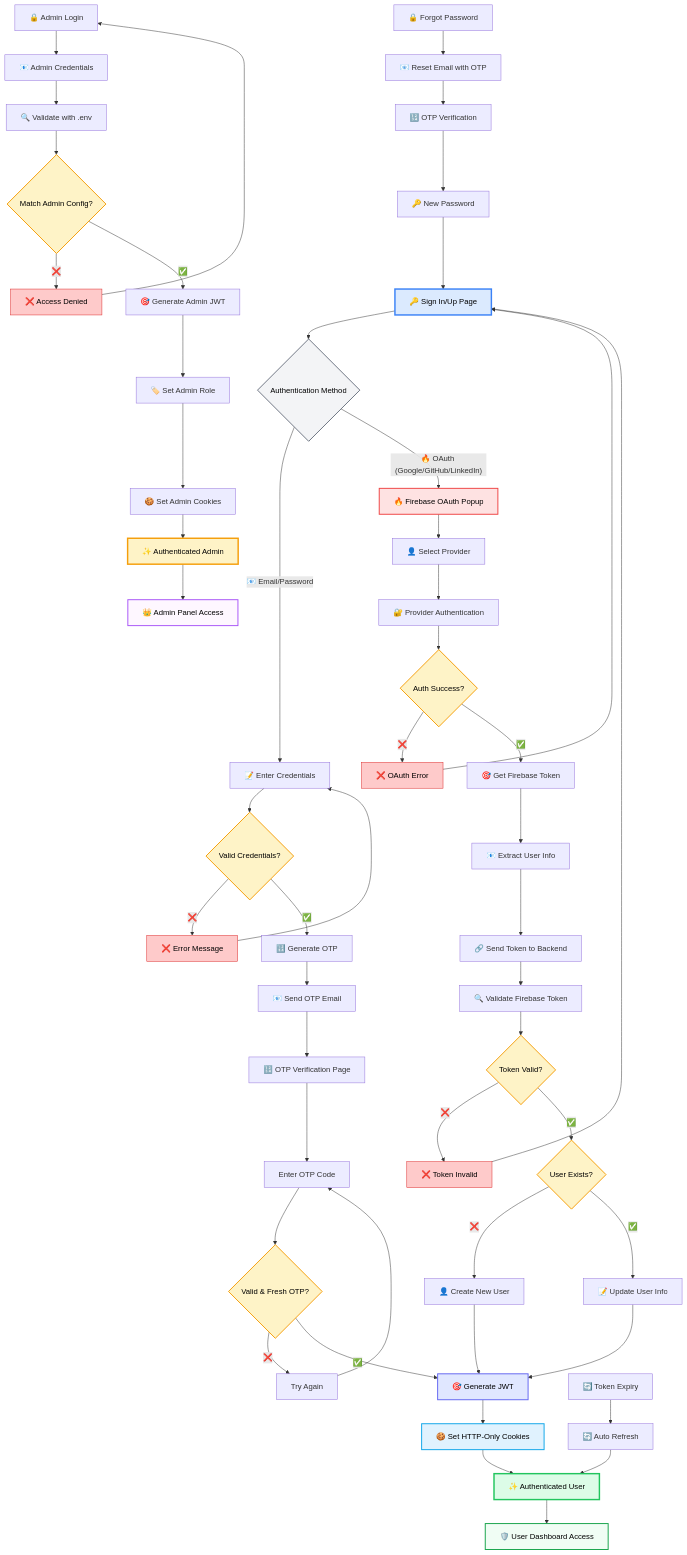
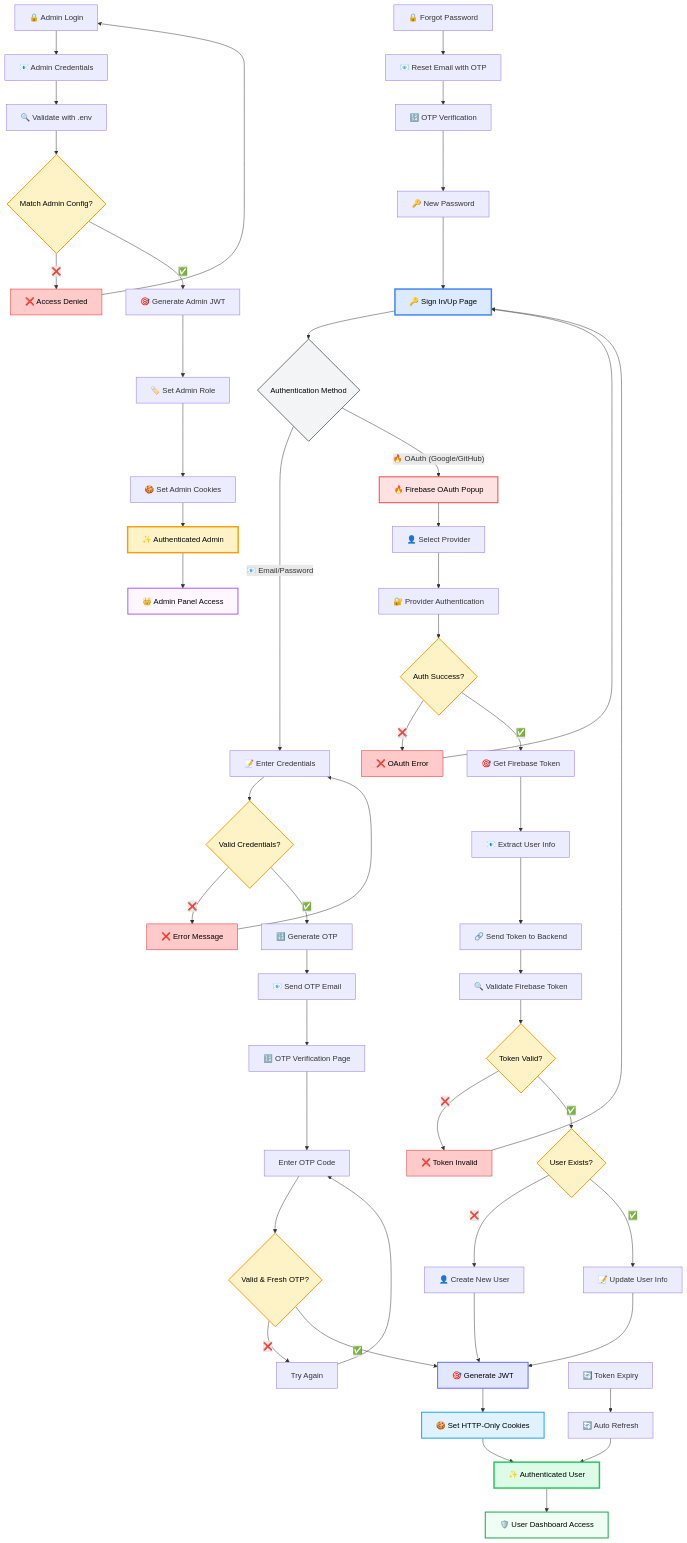
The diagram in README.md (sinanptm/full-stack-template), drawn with Mermaid before and after one commit. The commit also changed other lines of this file and 1 other file, not shown here.

```diff
--- a/README.md
+++ b/README.md
@@ -43,7 +70,7 @@
     J -->|"✅"| L["🎯 Generate JWT"]
     
     %% OAuth Flow
-    B -->|"🔥 OAuth (Google/GitHub/LinkedIn)"| M["🔥 Firebase OAuth Popup"]
+    B -->|"🔥 OAuth (Google/GitHub)"| M["🔥 Firebase OAuth Popup"]
     M --> N["👤 Select Provider"]
     N --> O["🔐 Provider Authentication"]
     O --> P{"Auth Success?"}
```
